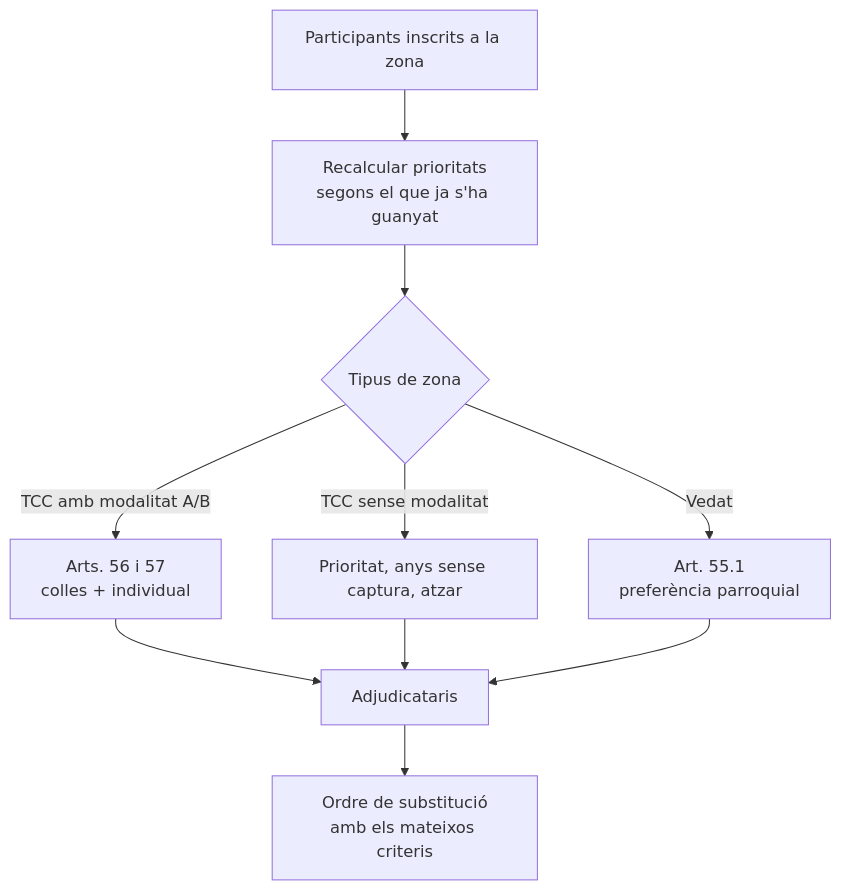
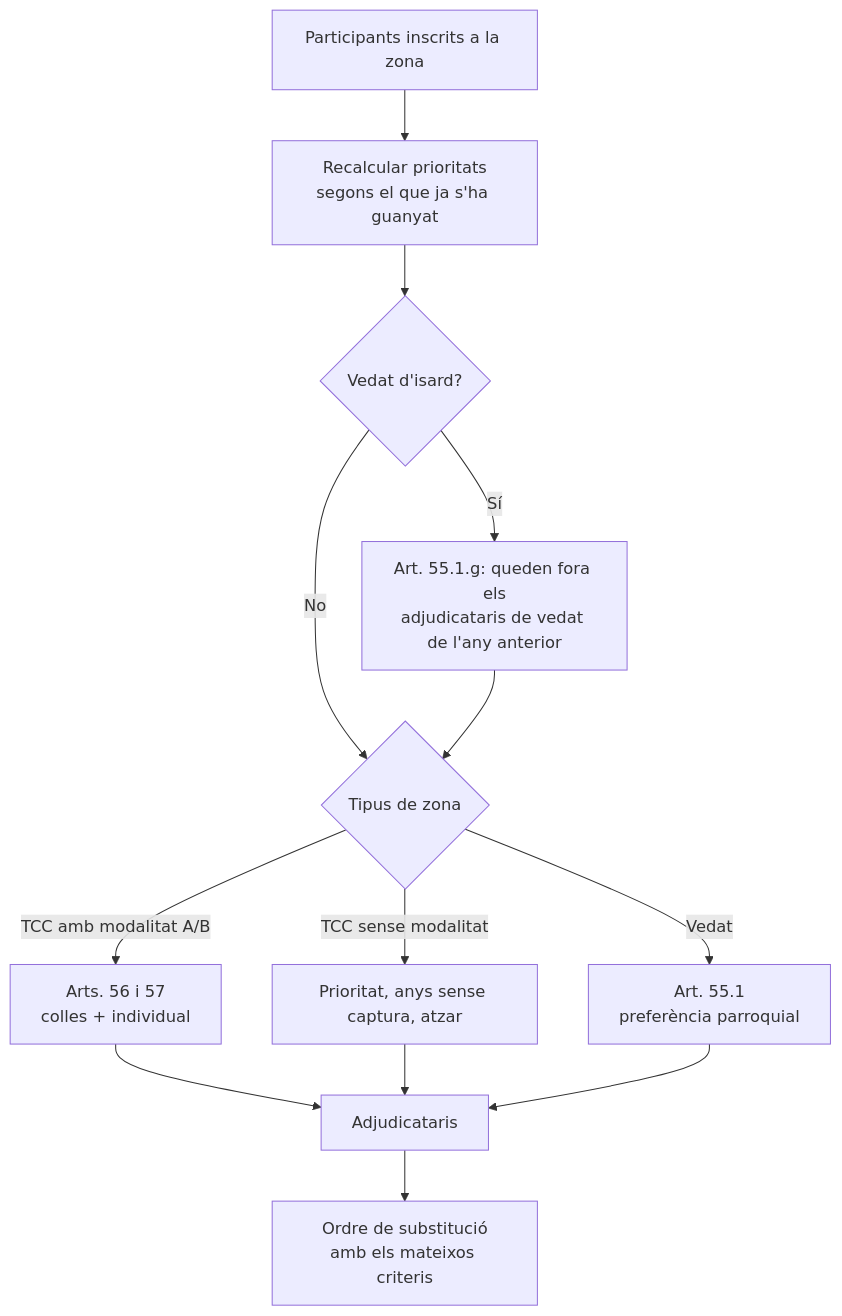
One commit to jordiordonez/sorteig_fauna changed the second of 7 diagrams in manual.md. Above: the diagram before and after it, drawn with Mermaid. The commit also changed other lines of this file and 7 other files, not shown here.

````diff
--- a/manual.md
+++ b/manual.md
@@ -106,12 +113,15 @@
 ```mermaid
 flowchart TD
     A["Participants inscrits a la zona"] --> B["Recalcular prioritats<br/>segons el que ja s'ha guanyat"]
-    B --> C{"Tipus de zona"}
+    B --> X{"Vedat d'isard?"}
+    X -->|Sí| Y["Art. 55.1.g: queden fora els<br/>adjudicataris de vedat de l'any anterior"]
+    X -->|No| C{"Tipus de zona"}
+    Y --> C
     C -->|"TCC amb modalitat A/B"| D["Arts. 56 i 57<br/>colles + individual"]
     C -->|"TCC sense modalitat"| E["Prioritat, anys sense captura, atzar"]
     C -->|"Vedat"| F["Art. 55.1<br/>preferència parroquial"]
     D --> G["Adjudicataris"]
     E --> G
     F --> G
     G --> H["Ordre de substitució<br/>amb els mateixos criteris"]
 ```
````
